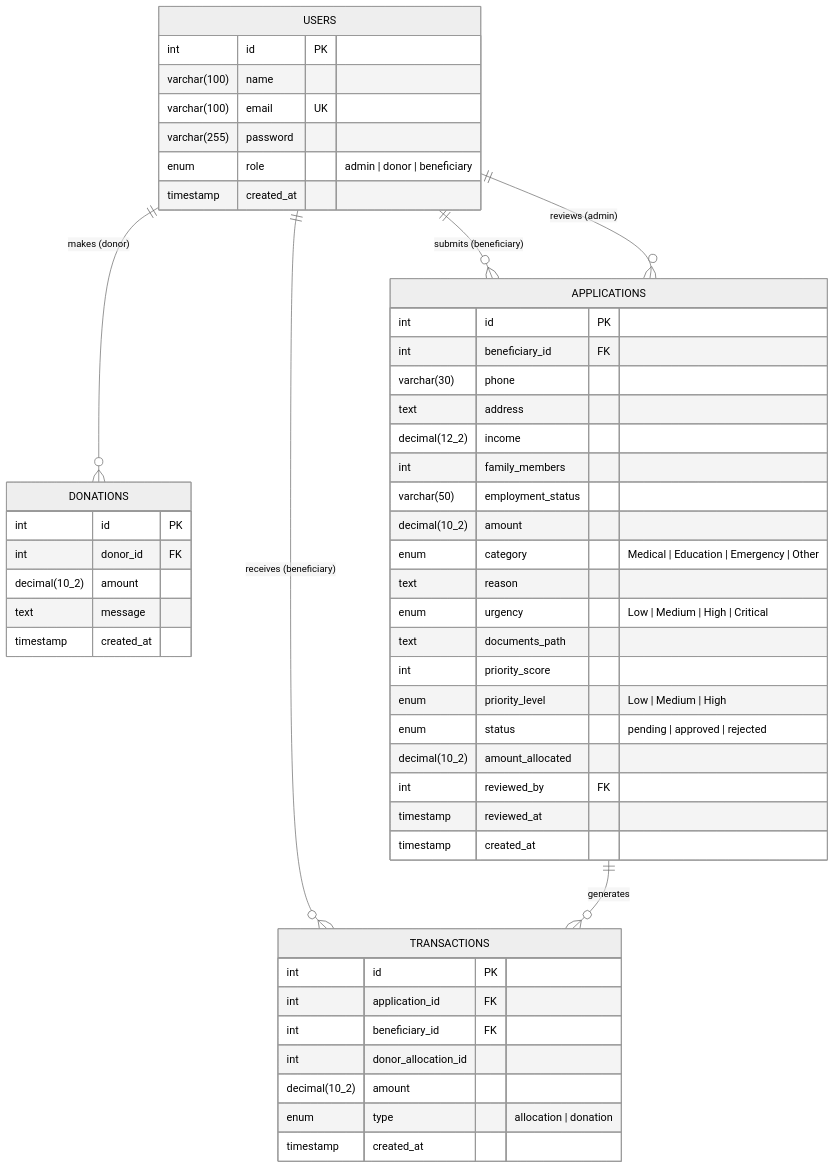
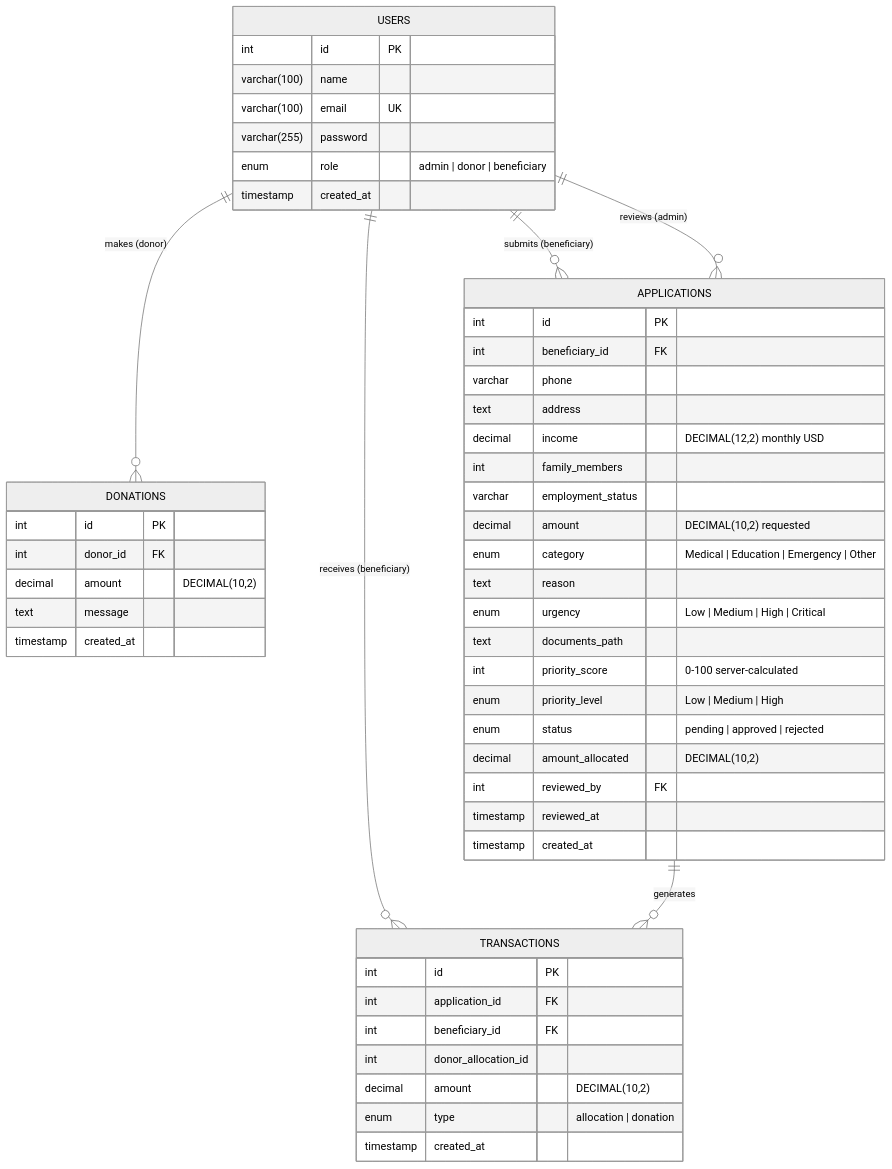
One commit to erabdurrahman/financial_resourse_managment_for_social-_wlefare changed the diagram in docs/er-diagram.md. Above: the diagram before and after it, drawn with Mermaid (neutral theme). The commit also changed 1 other file, not shown here.

Commit message:
Fix decimal type notation in ER diagram (use DECIMAL(10,2) in comments)
Agent-Logs-Url: https://github.com/erabdurrahman/financial_resourse_managment_for_social-_wlefare/sessions/1a2aecf7-44fc-4f8b-a83d-36da78595302

````diff
--- a/docs/er-diagram.md
+++ b/docs/er-diagram.md
@@ -7,57 +7,57 @@
 ```mermaid
 erDiagram
     USERS {
         int id PK
         varchar(100) name
         varchar(100) email UK
         varchar(255) password
         enum role "admin | donor | beneficiary"
         timestamp created_at
     }
 
     DONATIONS {
         int id PK
         int donor_id FK
-        decimal(10_2) amount
+        decimal amount "DECIMAL(10,2)"
         text message
         timestamp created_at
     }
 
     APPLICATIONS {
         int id PK
         int beneficiary_id FK
-        varchar(30) phone
+        varchar phone
         text address
-        decimal(12_2) income
+        decimal income "DECIMAL(12,2) monthly USD"
         int family_members
-        varchar(50) employment_status
-        decimal(10_2) amount
+        varchar employment_status
+        decimal amount "DECIMAL(10,2) requested"
         enum category "Medical | Education | Emergency | Other"
         text reason
         enum urgency "Low | Medium | High | Critical"
         text documents_path
-        int priority_score
+        int priority_score "0-100 server-calculated"
         enum priority_level "Low | Medium | High"
         enum status "pending | approved | rejected"
-        decimal(10_2) amount_allocated
+        decimal amount_allocated "DECIMAL(10,2)"
         int reviewed_by FK
         timestamp reviewed_at
         timestamp created_at
     }
 
     TRANSACTIONS {
         int id PK
         int application_id FK
         int beneficiary_id FK
         int donor_allocation_id
-        decimal(10_2) amount
+        decimal amount "DECIMAL(10,2)"
         enum type "allocation | donation"
         timestamp created_at
     }
 
     USERS ||--o{ DONATIONS : "makes (donor)"
     USERS ||--o{ APPLICATIONS : "submits (beneficiary)"
     USERS ||--o{ APPLICATIONS : "reviews (admin)"
     USERS ||--o{ TRANSACTIONS : "receives (beneficiary)"
     APPLICATIONS ||--o{ TRANSACTIONS : "generates"
 ```
````
